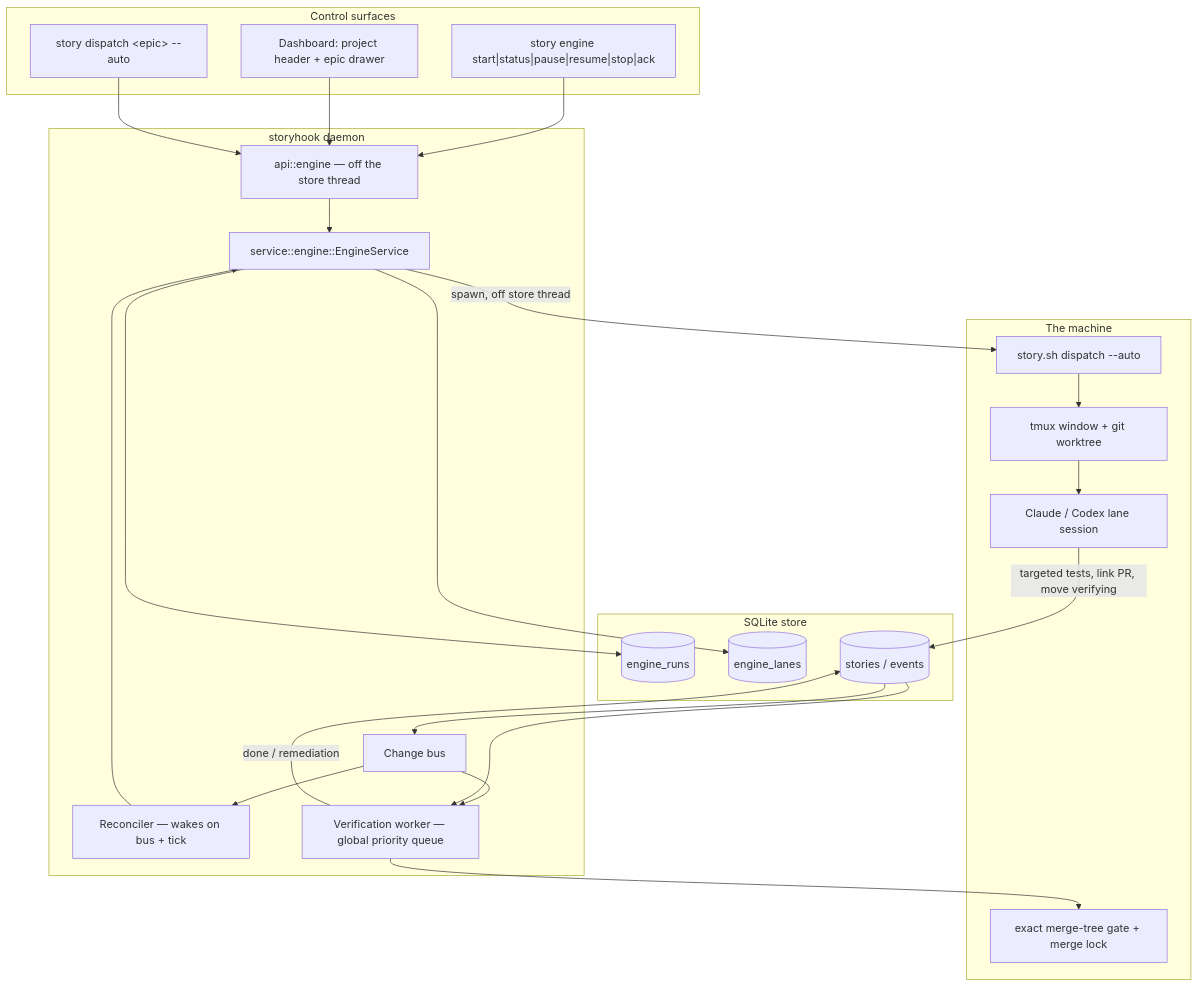
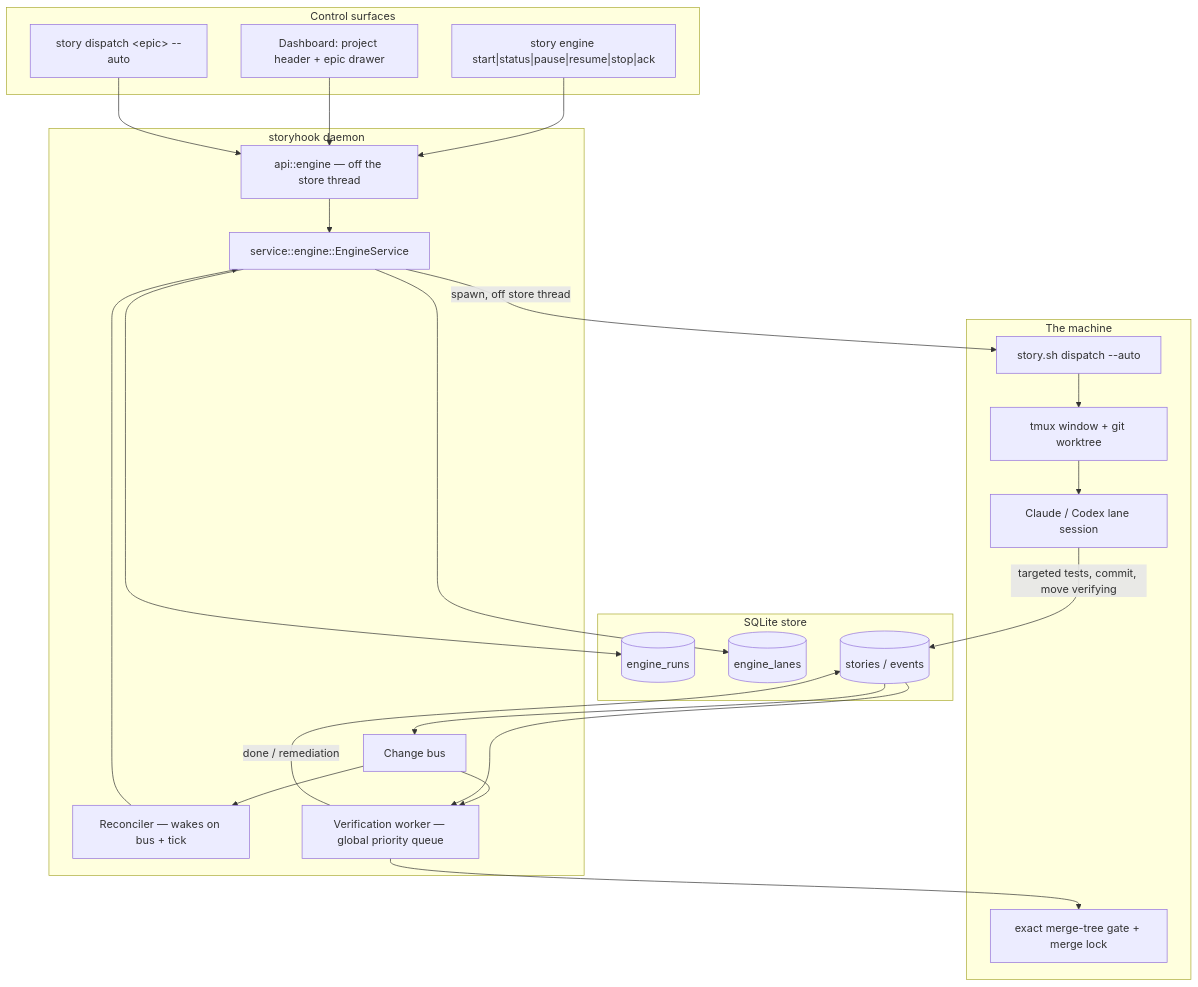
The first of 4 diagrams in docs/spec/full-auto-engine.md (mikeydotio/storyhook), drawn with Mermaid before and after one commit. The commit also changed other lines of this file and 7 other files, not shown here.

````diff
--- a/docs/spec/full-auto-engine.md
+++ b/docs/spec/full-auto-engine.md
@@ -85,46 +85,46 @@
 ```mermaid
 flowchart TB
     subgraph Control["Control surfaces"]
         CLI["story engine start|status|pause|resume|stop|ack"]
         WEB["Dashboard: project header + epic drawer"]
         DISP["story dispatch &lt;epic&gt; --auto"]
     end
 
     subgraph Daemon["storyhook daemon"]
         API["api::engine — off the store thread"]
         SVC["service::engine::EngineService"]
         REC["Reconciler — wakes on bus + tick"]
         VER["Verification worker — global priority queue"]
         BUS["Change bus"]
     end
 
     subgraph Store["SQLite store"]
         RUNS[("engine_runs")]
         LANES[("engine_lanes")]
         STORIES[("stories / events")]
     end
 
     subgraph Machine["The machine"]
         SH["story.sh dispatch --auto"]
         TMUX["tmux window + git worktree"]
         AGENT["Claude / Codex lane session"]
         LOCKS["exact merge-tree gate + merge lock"]
     end
 
     CLI --> API
     WEB --> API
     DISP --> API
     API --> SVC
     SVC --> RUNS
     SVC --> LANES
     REC --> SVC
     BUS --> REC
     BUS --> VER
     STORIES --> BUS
     SVC -->|spawn, off store thread| SH
     SH --> TMUX --> AGENT
-    AGENT -->|targeted tests, link PR, move verifying| STORIES
+    AGENT -->|targeted tests, commit, move verifying| STORIES
     STORIES --> VER
     VER --> LOCKS
     VER -->|done / remediation| STORIES
 ```
````
